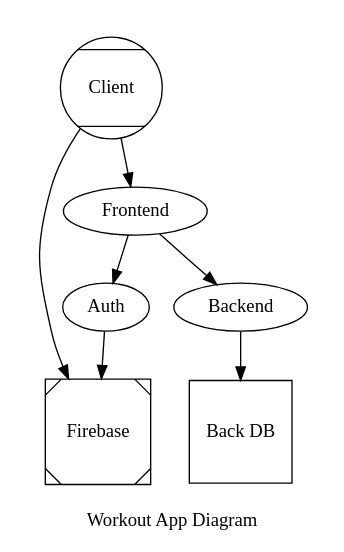
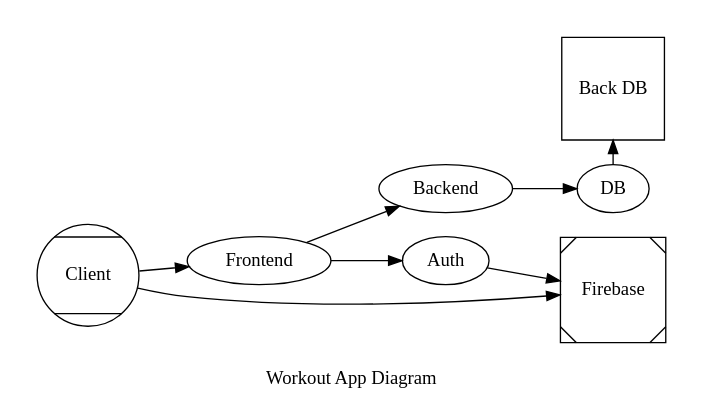
Before and after one commit to bevrist/workout-site: the diagram in docs/diagram.dot, drawn with Graphviz. The commit also changed 4 other files, not shown here.

```diff
--- a/docs/diagram.dot
+++ b/docs/diagram.dot
@@ -1,22 +1,24 @@
 # https://dreampuf.github.io/GraphvizOnline
 
 digraph G {
-    #rankdir = LR;
+    rankdir = LR;
     label = "Workout App Diagram";
     Client [shape=Mcircle];
     Firebase [shape=Msquare];
     Frontend;
     Backend;
+    DB;
     Auth;
 
-    BackDB [label="Back DB", shape=square];
+    PostgreSQL [label="Back DB", shape=square];
 
     subgraph cluster_0 {
         color = white;
         label = "";
         Client -> Firebase, Frontend;
         Frontend -> Backend, Auth;
-        Backend -> BackDB;
+        Backend -> DB;
+        DB -> PostgreSQL[minlen=0.5];
         Auth -> Firebase;
     }
 }
```
